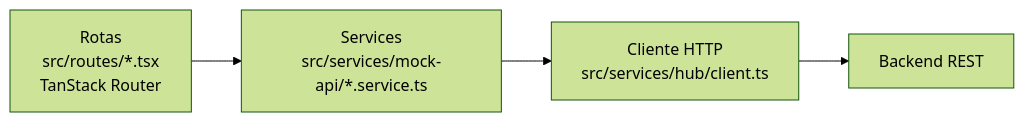
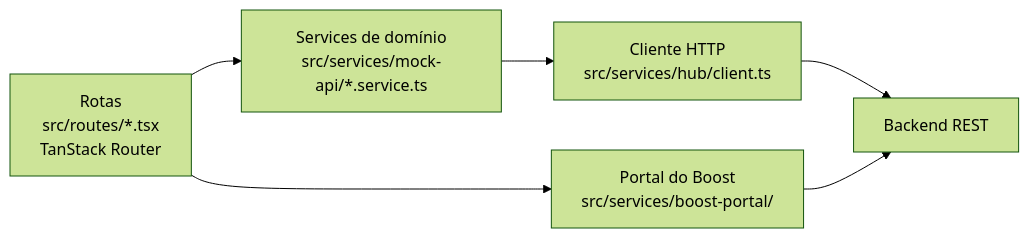
One commit to bebberjoao/RoosterOneBackend changed the fourth of 4 diagrams in docs/engineering/01-arquitetura-geral.md. Above: the diagram before and after it, drawn with Mermaid (forest theme). The commit also changed other lines of this file and 14 other files, not shown here.

````diff
--- a/docs/engineering/01-arquitetura-geral.md
+++ b/docs/engineering/01-arquitetura-geral.md
@@ -78,6 +111,8 @@
 ```mermaid
 flowchart LR
-    R[Rotas<br/>src/routes/*.tsx<br/>TanStack Router] --> SV[Services<br/>src/services/mock-api/*.service.ts]
+    R[Rotas<br/>src/routes/*.tsx<br/>TanStack Router] --> SV[Services de domínio<br/>src/services/mock-api/*.service.ts]
     SV --> CL[Cliente HTTP<br/>src/services/hub/client.ts]
     CL --> API[Backend REST]
+    R --> BP[Portal do Boost<br/>src/services/boost-portal/]
+    BP --> API
 ```
````
